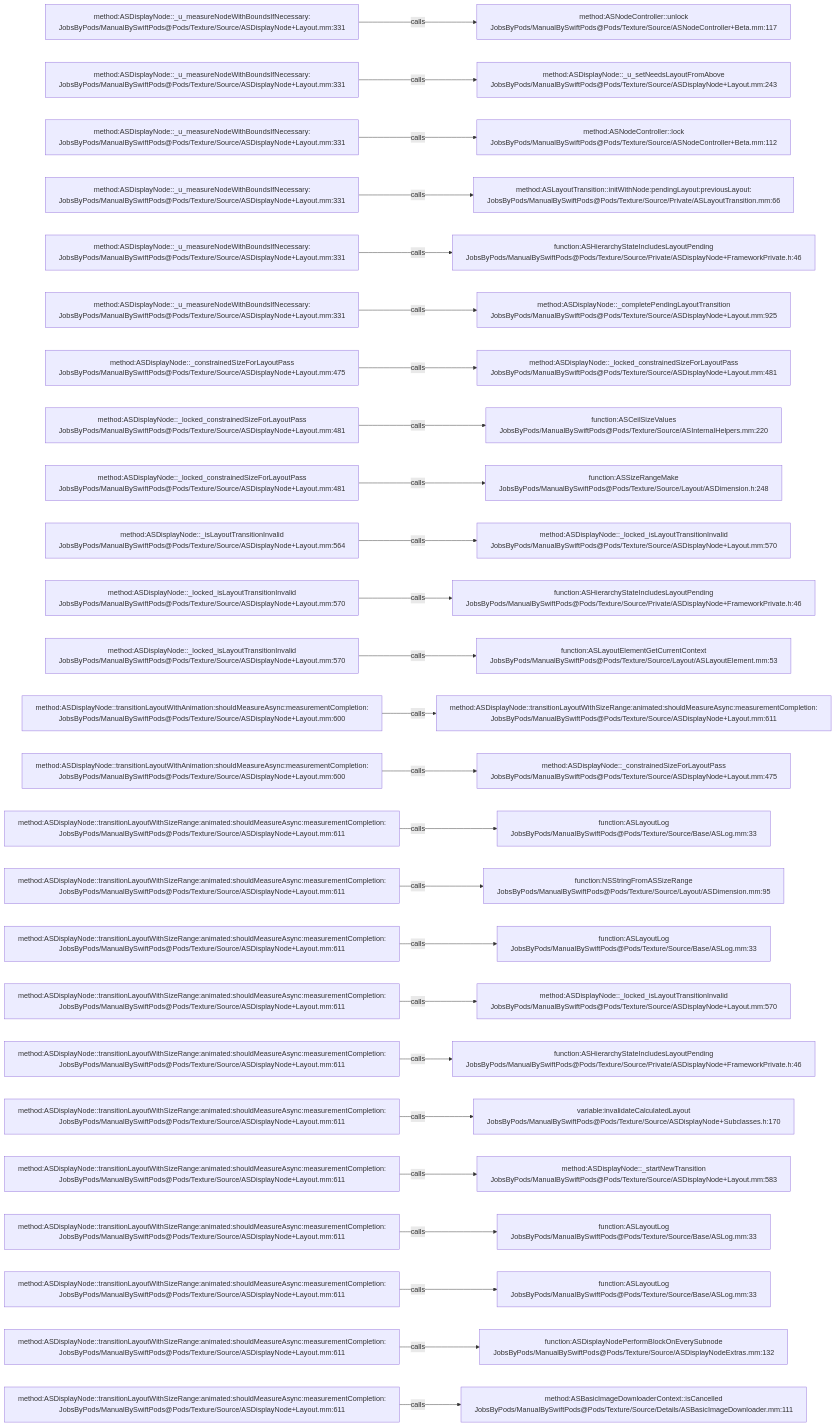
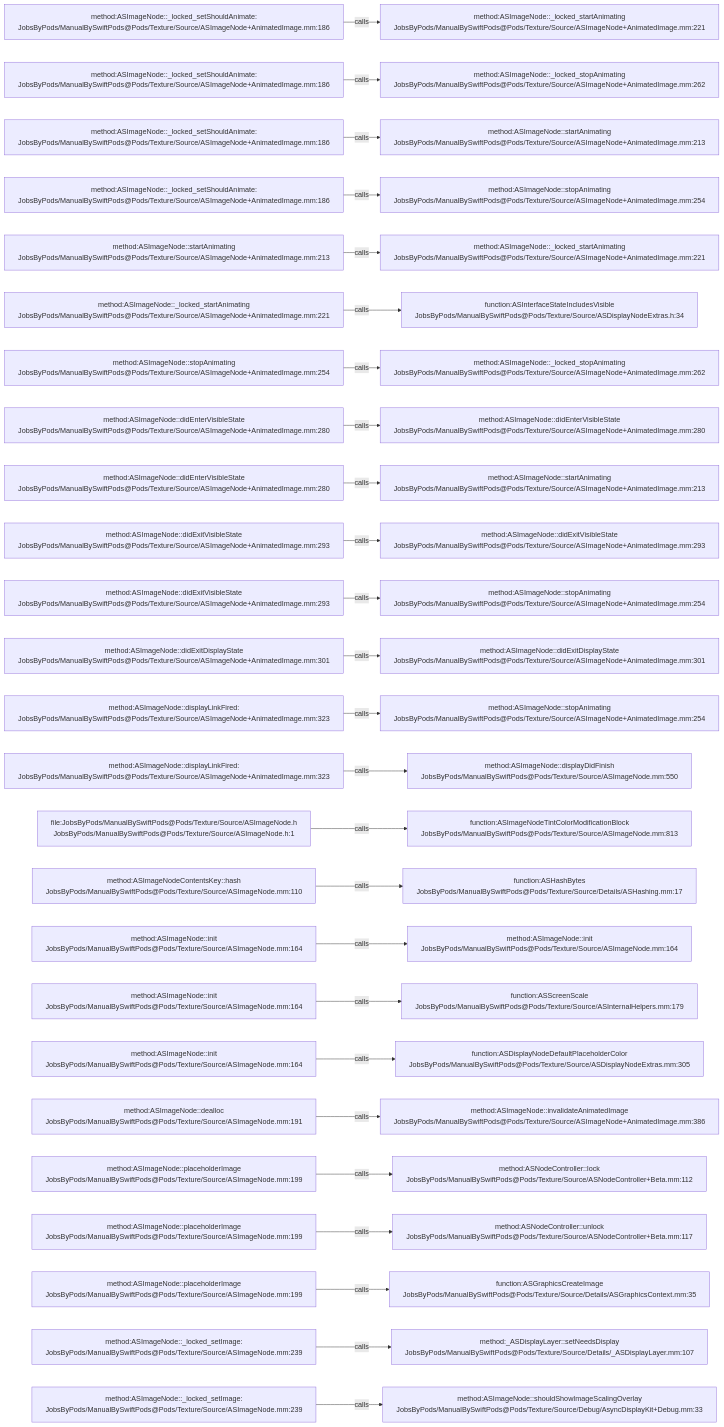
One commit to JobsKits/JobsSwiftBaseConfigDemo changed the diagram in .codegraph/codegraph.md/graphs/calls-041.md. Above: the diagram before and after it, drawn with Mermaid. The commit also changed 832 other files, not shown here.

````diff
--- a/.codegraph/codegraph.md/graphs/calls-041.md
+++ b/.codegraph/codegraph.md/graphs/calls-041.md
@@ -13,78 +13,78 @@
 ```mermaid
 flowchart LR
-  S1["method:ASDisplayNode::_u_measureNodeWithBoundsIfNecessary:<br/>JobsByPods/ManualBySwiftPods@Pods/Texture/Source/ASDisplayNode+Layout.mm:331"]
-  T1["method:ASNodeController::unlock<br/>JobsByPods/ManualBySwiftPods@Pods/Texture/Source/ASNodeController+Beta.mm:117"]
+  S1["method:ASImageNode::_locked_setShouldAnimate:<br/>JobsByPods/ManualBySwiftPods@Pods/Texture/Source/ASImageNode+AnimatedImage.mm:186"]
+  T1["method:ASImageNode::_locked_startAnimating<br/>JobsByPods/ManualBySwiftPods@Pods/Texture/Source/ASImageNode+AnimatedImage.mm:221"]
   S1 -->|calls| T1
-  S2["method:ASDisplayNode::_u_measureNodeWithBoundsIfNecessary:<br/>JobsByPods/ManualBySwiftPods@Pods/Texture/Source/ASDisplayNode+Layout.mm:331"]
-  T2["method:ASDisplayNode::_u_setNeedsLayoutFromAbove<br/>JobsByPods/ManualBySwiftPods@Pods/Texture/Source/ASDisplayNode+Layout.mm:243"]
+  S2["method:ASImageNode::_locked_setShouldAnimate:<br/>JobsByPods/ManualBySwiftPods@Pods/Texture/Source/ASImageNode+AnimatedImage.mm:186"]
+  T2["method:ASImageNode::_locked_stopAnimating<br/>JobsByPods/ManualBySwiftPods@Pods/Texture/Source/ASImageNode+AnimatedImage.mm:262"]
   S2 -->|calls| T2
-  S3["method:ASDisplayNode::_u_measureNodeWithBoundsIfNecessary:<br/>JobsByPods/ManualBySwiftPods@Pods/Texture/Source/ASDisplayNode+Layout.mm:331"]
-  T3["method:ASNodeController::lock<br/>JobsByPods/ManualBySwiftPods@Pods/Texture/Source/ASNodeController+Beta.mm:112"]
+  S3["method:ASImageNode::_locked_setShouldAnimate:<br/>JobsByPods/ManualBySwiftPods@Pods/Texture/Source/ASImageNode+AnimatedImage.mm:186"]
+  T3["method:ASImageNode::startAnimating<br/>JobsByPods/ManualBySwiftPods@Pods/Texture/Source/ASImageNode+AnimatedImage.mm:213"]
   S3 -->|calls| T3
-  S4["method:ASDisplayNode::_u_measureNodeWithBoundsIfNecessary:<br/>JobsByPods/ManualBySwiftPods@Pods/Texture/Source/ASDisplayNode+Layout.mm:331"]
-  T4["method:ASLayoutTransition::initWithNode:pendingLayout:previousLayout:<br/>JobsByPods/ManualBySwiftPods@Pods/Texture/Source/Private/ASLayoutTransition.mm:66"]
+  S4["method:ASImageNode::_locked_setShouldAnimate:<br/>JobsByPods/ManualBySwiftPods@Pods/Texture/Source/ASImageNode+AnimatedImage.mm:186"]
+  T4["method:ASImageNode::stopAnimating<br/>JobsByPods/ManualBySwiftPods@Pods/Texture/Source/ASImageNode+AnimatedImage.mm:254"]
   S4 -->|calls| T4
-  S5["method:ASDisplayNode::_u_measureNodeWithBoundsIfNecessary:<br/>JobsByPods/ManualBySwiftPods@Pods/Texture/Source/ASDisplayNode+Layout.mm:331"]
-  T5["function:ASHierarchyStateIncludesLayoutPending<br/>JobsByPods/ManualBySwiftPods@Pods/Texture/Source/Private/ASDisplayNode+FrameworkPrivate.h:46"]
+  S5["method:ASImageNode::startAnimating<br/>JobsByPods/ManualBySwiftPods@Pods/Texture/Source/ASImageNode+AnimatedImage.mm:213"]
+  T5["method:ASImageNode::_locked_startAnimating<br/>JobsByPods/ManualBySwiftPods@Pods/Texture/Source/ASImageNode+AnimatedImage.mm:221"]
   S5 -->|calls| T5
-  S6["method:ASDisplayNode::_u_measureNodeWithBoundsIfNecessary:<br/>JobsByPods/ManualBySwiftPods@Pods/Texture/Source/ASDisplayNode+Layout.mm:331"]
-  T6["method:ASDisplayNode::_completePendingLayoutTransition<br/>JobsByPods/ManualBySwiftPods@Pods/Texture/Source/ASDisplayNode+Layout.mm:925"]
+  S6["method:ASImageNode::_locked_startAnimating<br/>JobsByPods/ManualBySwiftPods@Pods/Texture/Source/ASImageNode+AnimatedImage.mm:221"]
+  T6["function:ASInterfaceStateIncludesVisible<br/>JobsByPods/ManualBySwiftPods@Pods/Texture/Source/ASDisplayNodeExtras.h:34"]
   S6 -->|calls| T6
-  S7["method:ASDisplayNode::_constrainedSizeForLayoutPass<br/>JobsByPods/ManualBySwiftPods@Pods/Texture/Source/ASDisplayNode+Layout.mm:475"]
-  T7["method:ASDisplayNode::_locked_constrainedSizeForLayoutPass<br/>JobsByPods/ManualBySwiftPods@Pods/Texture/Source/ASDisplayNode+Layout.mm:481"]
+  S7["method:ASImageNode::stopAnimating<br/>JobsByPods/ManualBySwiftPods@Pods/Texture/Source/ASImageNode+AnimatedImage.mm:254"]
+  T7["method:ASImageNode::_locked_stopAnimating<br/>JobsByPods/ManualBySwiftPods@Pods/Texture/Source/ASImageNode+AnimatedImage.mm:262"]
   S7 -->|calls| T7
-  S8["method:ASDisplayNode::_locked_constrainedSizeForLayoutPass<br/>JobsByPods/ManualBySwiftPods@Pods/Texture/Source/ASDisplayNode+Layout.mm:481"]
-  T8["function:ASCeilSizeValues<br/>JobsByPods/ManualBySwiftPods@Pods/Texture/Source/ASInternalHelpers.mm:220"]
+  S8["method:ASImageNode::didEnterVisibleState<br/>JobsByPods/ManualBySwiftPods@Pods/Texture/Source/ASImageNode+AnimatedImage.mm:280"]
+  T8["method:ASImageNode::didEnterVisibleState<br/>JobsByPods/ManualBySwiftPods@Pods/Texture/Source/ASImageNode+AnimatedImage.mm:280"]
   S8 -->|calls| T8
-  S9["method:ASDisplayNode::_locked_constrainedSizeForLayoutPass<br/>JobsByPods/ManualBySwiftPods@Pods/Texture/Source/ASDisplayNode+Layout.mm:481"]
-  T9["function:ASSizeRangeMake<br/>JobsByPods/ManualBySwiftPods@Pods/Texture/Source/Layout/ASDimension.h:248"]
+  S9["method:ASImageNode::didEnterVisibleState<br/>JobsByPods/ManualBySwiftPods@Pods/Texture/Source/ASImageNode+AnimatedImage.mm:280"]
+  T9["method:ASImageNode::startAnimating<br/>JobsByPods/ManualBySwiftPods@Pods/Texture/Source/ASImageNode+AnimatedImage.mm:213"]
   S9 -->|calls| T9
-  S10["method:ASDisplayNode::_isLayoutTransitionInvalid<br/>JobsByPods/ManualBySwiftPods@Pods/Texture/Source/ASDisplayNode+Layout.mm:564"]
-  T10["method:ASDisplayNode::_locked_isLayoutTransitionInvalid<br/>JobsByPods/ManualBySwiftPods@Pods/Texture/Source/ASDisplayNode+Layout.mm:570"]
+  S10["method:ASImageNode::didExitVisibleState<br/>JobsByPods/ManualBySwiftPods@Pods/Texture/Source/ASImageNode+AnimatedImage.mm:293"]
+  T10["method:ASImageNode::didExitVisibleState<br/>JobsByPods/ManualBySwiftPods@Pods/Texture/Source/ASImageNode+AnimatedImage.mm:293"]
   S10 -->|calls| T10
-  S11["method:ASDisplayNode::_locked_isLayoutTransitionInvalid<br/>JobsByPods/ManualBySwiftPods@Pods/Texture/Source/ASDisplayNode+Layout.mm:570"]
-  T11["function:ASHierarchyStateIncludesLayoutPending<br/>JobsByPods/ManualBySwiftPods@Pods/Texture/Source/Private/ASDisplayNode+FrameworkPrivate.h:46"]
+  S11["method:ASImageNode::didExitVisibleState<br/>JobsByPods/ManualBySwiftPods@Pods/Texture/Source/ASImageNode+AnimatedImage.mm:293"]
+  T11["method:ASImageNode::stopAnimating<br/>JobsByPods/ManualBySwiftPods@Pods/Texture/Source/ASImageNode+AnimatedImage.mm:254"]
   S11 -->|calls| T11
-  S12["method:ASDisplayNode::_locked_isLayoutTransitionInvalid<br/>JobsByPods/ManualBySwiftPods@Pods/Texture/Source/ASDisplayNode+Layout.mm:570"]
-  T12["function:ASLayoutElementGetCurrentContext<br/>JobsByPods/ManualBySwiftPods@Pods/Texture/Source/Layout/ASLayoutElement.mm:53"]
+  S12["method:ASImageNode::didExitDisplayState<br/>JobsByPods/ManualBySwiftPods@Pods/Texture/Source/ASImageNode+AnimatedImage.mm:301"]
+  T12["method:ASImageNode::didExitDisplayState<br/>JobsByPods/ManualBySwiftPods@Pods/Texture/Source/ASImageNode+AnimatedImage.mm:301"]
   S12 -->|calls| T12
-  S13["method:ASDisplayNode::transitionLayoutWithAnimation:shouldMeasureAsync:measurementCompletion:<br/>JobsByPods/ManualBySwiftPods@Pods/Texture/Source/ASDisplayNode+Layout.mm:600"]
-  T13["method:ASDisplayNode::transitionLayoutWithSizeRange:animated:shouldMeasureAsync:measurementCompletion:<br/>JobsByPods/ManualBySwiftPods@Pods/Texture/Source/ASDisplayNode+Layout.mm:611"]
+  S13["method:ASImageNode::displayLinkFired:<br/>JobsByPods/ManualBySwiftPods@Pods/Texture/Source/ASImageNode+AnimatedImage.mm:323"]
+  T13["method:ASImageNode::stopAnimating<br/>JobsByPods/ManualBySwiftPods@Pods/Texture/Source/ASImageNode+AnimatedImage.mm:254"]
   S13 -->|calls| T13
-  S14["method:ASDisplayNode::transitionLayoutWithAnimation:shouldMeasureAsync:measurementCompletion:<br/>JobsByPods/ManualBySwiftPods@Pods/Texture/Source/ASDisplayNode+Layout.mm:600"]
-  T14["method:ASDisplayNode::_constrainedSizeForLayoutPass<br/>JobsByPods/ManualBySwiftPods@Pods/Texture/Source/ASDisplayNode+Layout.mm:475"]
+  S14["method:ASImageNode::displayLinkFired:<br/>JobsByPods/ManualBySwiftPods@Pods/Texture/Source/ASImageNode+AnimatedImage.mm:323"]
+  T14["method:ASImageNode::displayDidFinish<br/>JobsByPods/ManualBySwiftPods@Pods/Texture/Source/ASImageNode.mm:550"]
   S14 -->|calls| T14
-  S15["method:ASDisplayNode::transitionLayoutWithSizeRange:animated:shouldMeasureAsync:measurementCompletion:<br/>JobsByPods/ManualBySwiftPods@Pods/Texture/Source/ASDisplayNode+Layout.mm:611"]
-  T15["function:ASLayoutLog<br/>JobsByPods/ManualBySwiftPods@Pods/Texture/Source/Base/ASLog.mm:33"]
+  S15["file:JobsByPods/ManualBySwiftPods@Pods/Texture/Source/ASImageNode.h<br/>JobsByPods/ManualBySwiftPods@Pods/Texture/Source/ASImageNode.h:1"]
+  T15["function:ASImageNodeTintColorModificationBlock<br/>JobsByPods/ManualBySwiftPods@Pods/Texture/Source/ASImageNode.mm:813"]
   S15 -->|calls| T15
-  S16["method:ASDisplayNode::transitionLayoutWithSizeRange:animated:shouldMeasureAsync:measurementCompletion:<br/>JobsByPods/ManualBySwiftPods@Pods/Texture/Source/ASDisplayNode+Layout.mm:611"]
-  T16["function:NSStringFromASSizeRange<br/>JobsByPods/ManualBySwiftPods@Pods/Texture/Source/Layout/ASDimension.mm:95"]
+  S16["method:ASImageNodeContentsKey::hash<br/>JobsByPods/ManualBySwiftPods@Pods/Texture/Source/ASImageNode.mm:110"]
+  T16["function:ASHashBytes<br/>JobsByPods/ManualBySwiftPods@Pods/Texture/Source/Details/ASHashing.mm:17"]
   S16 -->|calls| T16
-  S17["method:ASDisplayNode::transitionLayoutWithSizeRange:animated:shouldMeasureAsync:measurementCompletion:<br/>JobsByPods/ManualBySwiftPods@Pods/Texture/Source/ASDisplayNode+Layout.mm:611"]
-  T17["function:ASLayoutLog<br/>JobsByPods/ManualBySwiftPods@Pods/Texture/Source/Base/ASLog.mm:33"]
+  S17["method:ASImageNode::init<br/>JobsByPods/ManualBySwiftPods@Pods/Texture/Source/ASImageNode.mm:164"]
+  T17["method:ASImageNode::init<br/>JobsByPods/ManualBySwiftPods@Pods/Texture/Source/ASImageNode.mm:164"]
   S17 -->|calls| T17
-  S18["method:ASDisplayNode::transitionLayoutWithSizeRange:animated:shouldMeasureAsync:measurementCompletion:<br/>JobsByPods/ManualBySwiftPods@Pods/Texture/Source/ASDisplayNode+Layout.mm:611"]
-  T18["method:ASDisplayNode::_locked_isLayoutTransitionInvalid<br/>JobsByPods/ManualBySwiftPods@Pods/Texture/Source/ASDisplayNode+Layout.mm:570"]
+  S18["method:ASImageNode::init<br/>JobsByPods/ManualBySwiftPods@Pods/Texture/Source/ASImageNode.mm:164"]
+  T18["function:ASScreenScale<br/>JobsByPods/ManualBySwiftPods@Pods/Texture/Source/ASInternalHelpers.mm:179"]
   S18 -->|calls| T18
-  S19["method:ASDisplayNode::transitionLayoutWithSizeRange:animated:shouldMeasureAsync:measurementCompletion:<br/>JobsByPods/ManualBySwiftPods@Pods/Texture/Source/ASDisplayNode+Layout.mm:611"]
-  T19["function:ASHierarchyStateIncludesLayoutPending<br/>JobsByPods/ManualBySwiftPods@Pods/Texture/Source/Private/ASDisplayNode+FrameworkPrivate.h:46"]
+  S19["method:ASImageNode::init<br/>JobsByPods/ManualBySwiftPods@Pods/Texture/Source/ASImageNode.mm:164"]
+  T19["function:ASDisplayNodeDefaultPlaceholderColor<br/>JobsByPods/ManualBySwiftPods@Pods/Texture/Source/ASDisplayNodeExtras.mm:305"]
   S19 -->|calls| T19
-  S20["method:ASDisplayNode::transitionLayoutWithSizeRange:animated:shouldMeasureAsync:measurementCompletion:<br/>JobsByPods/ManualBySwiftPods@Pods/Texture/Source/ASDisplayNode+Layout.mm:611"]
-  T20["variable:invalidateCalculatedLayout<br/>JobsByPods/ManualBySwiftPods@Pods/Texture/Source/ASDisplayNode+Subclasses.h:170"]
+  S20["method:ASImageNode::dealloc<br/>JobsByPods/ManualBySwiftPods@Pods/Texture/Source/ASImageNode.mm:191"]
+  T20["method:ASImageNode::invalidateAnimatedImage<br/>JobsByPods/ManualBySwiftPods@Pods/Texture/Source/ASImageNode+AnimatedImage.mm:386"]
   S20 -->|calls| T20
-  S21["method:ASDisplayNode::transitionLayoutWithSizeRange:animated:shouldMeasureAsync:measurementCompletion:<br/>JobsByPods/ManualBySwiftPods@Pods/Texture/Source/ASDisplayNode+Layout.mm:611"]
-  T21["method:ASDisplayNode::_startNewTransition<br/>JobsByPods/ManualBySwiftPods@Pods/Texture/Source/ASDisplayNode+Layout.mm:583"]
+  S21["method:ASImageNode::placeholderImage<br/>JobsByPods/ManualBySwiftPods@Pods/Texture/Source/ASImageNode.mm:199"]
+  T21["method:ASNodeController::lock<br/>JobsByPods/ManualBySwiftPods@Pods/Texture/Source/ASNodeController+Beta.mm:112"]
   S21 -->|calls| T21
-  S22["method:ASDisplayNode::transitionLayoutWithSizeRange:animated:shouldMeasureAsync:measurementCompletion:<br/>JobsByPods/ManualBySwiftPods@Pods/Texture/Source/ASDisplayNode+Layout.mm:611"]
-  T22["function:ASLayoutLog<br/>JobsByPods/ManualBySwiftPods@Pods/Texture/Source/Base/ASLog.mm:33"]
+  S22["method:ASImageNode::placeholderImage<br/>JobsByPods/ManualBySwiftPods@Pods/Texture/Source/ASImageNode.mm:199"]
+  T22["method:ASNodeController::unlock<br/>JobsByPods/ManualBySwiftPods@Pods/Texture/Source/ASNodeController+Beta.mm:117"]
   S22 -->|calls| T22
-  S23["method:ASDisplayNode::transitionLayoutWithSizeRange:animated:shouldMeasureAsync:measurementCompletion:<br/>JobsByPods/ManualBySwiftPods@Pods/Texture/Source/ASDisplayNode+Layout.mm:611"]
-  T23["function:ASLayoutLog<br/>JobsByPods/ManualBySwiftPods@Pods/Texture/Source/Base/ASLog.mm:33"]
+  S23["method:ASImageNode::placeholderImage<br/>JobsByPods/ManualBySwiftPods@Pods/Texture/Source/ASImageNode.mm:199"]
+  T23["function:ASGraphicsCreateImage<br/>JobsByPods/ManualBySwiftPods@Pods/Texture/Source/Details/ASGraphicsContext.mm:35"]
   S23 -->|calls| T23
-  S24["method:ASDisplayNode::transitionLayoutWithSizeRange:animated:shouldMeasureAsync:measurementCompletion:<br/>JobsByPods/ManualBySwiftPods@Pods/Texture/Source/ASDisplayNode+Layout.mm:611"]
-  T24["function:ASDisplayNodePerformBlockOnEverySubnode<br/>JobsByPods/ManualBySwiftPods@Pods/Texture/Source/ASDisplayNodeExtras.mm:132"]
+  S24["method:ASImageNode::_locked_setImage:<br/>JobsByPods/ManualBySwiftPods@Pods/Texture/Source/ASImageNode.mm:239"]
+  T24["method:_ASDisplayLayer::setNeedsDisplay<br/>JobsByPods/ManualBySwiftPods@Pods/Texture/Source/Details/_ASDisplayLayer.mm:107"]
   S24 -->|calls| T24
-  S25["method:ASDisplayNode::transitionLayoutWithSizeRange:animated:shouldMeasureAsync:measurementCompletion:<br/>JobsByPods/ManualBySwiftPods@Pods/Texture/Source/ASDisplayNode+Layout.mm:611"]
-  T25["method:ASBasicImageDownloaderContext::isCancelled<br/>JobsByPods/ManualBySwiftPods@Pods/Texture/Source/Details/ASBasicImageDownloader.mm:111"]
+  S25["method:ASImageNode::_locked_setImage:<br/>JobsByPods/ManualBySwiftPods@Pods/Texture/Source/ASImageNode.mm:239"]
+  T25["method:ASImageNode::shouldShowImageScalingOverlay<br/>JobsByPods/ManualBySwiftPods@Pods/Texture/Source/Debug/AsyncDisplayKit+Debug.mm:33"]
   S25 -->|calls| T25
 ```
````
